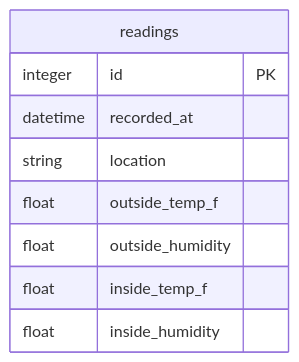
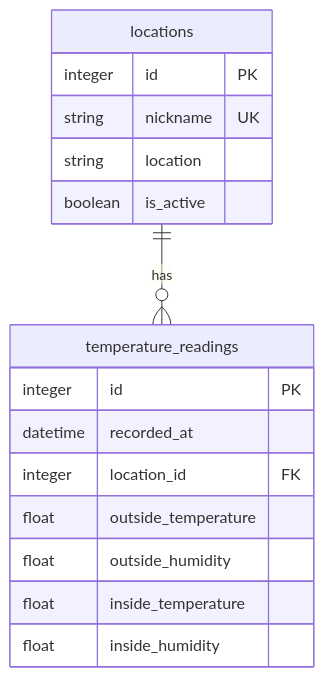
The diagram in docs/database-design.md (Dylanlucas01/esp32-temperature-monitoring), drawn with Mermaid before and after one commit. The commit also changed other lines of this file and 4 other files, not shown here.

````diff
--- a/docs/database-design.md
+++ b/docs/database-design.md
@@ -12,12 +12,21 @@
 ```mermaid
 erDiagram
-    readings {
+    locations ||--o{ temperature_readings : has
+
+    locations {
+        integer id PK
+        string nickname UK
+        string location
+        boolean is_active
+    }
+
+    temperature_readings {
         integer id PK
         datetime recorded_at
-        string location
-        float outside_temp_f
+        integer location_id FK
+        float outside_temperature
         float outside_humidity
-        float inside_temp_f
+        float inside_temperature
         float inside_humidity
     }
 ```
````
